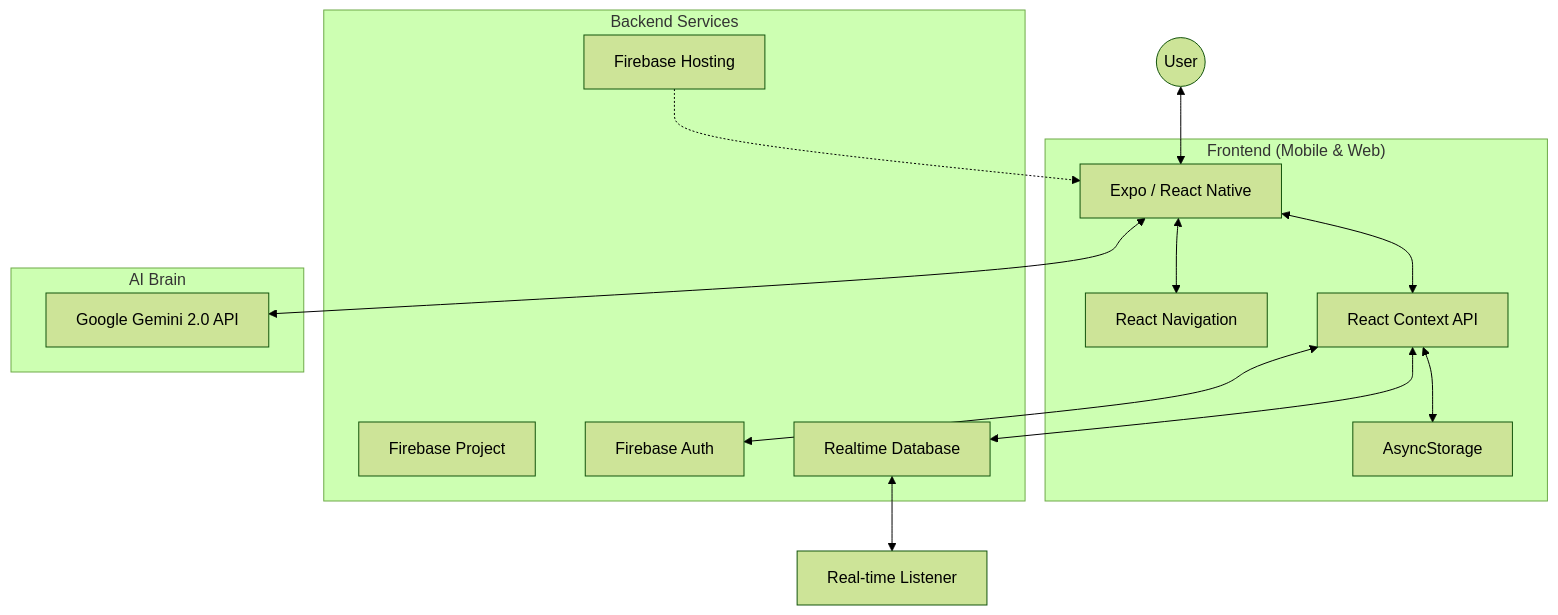
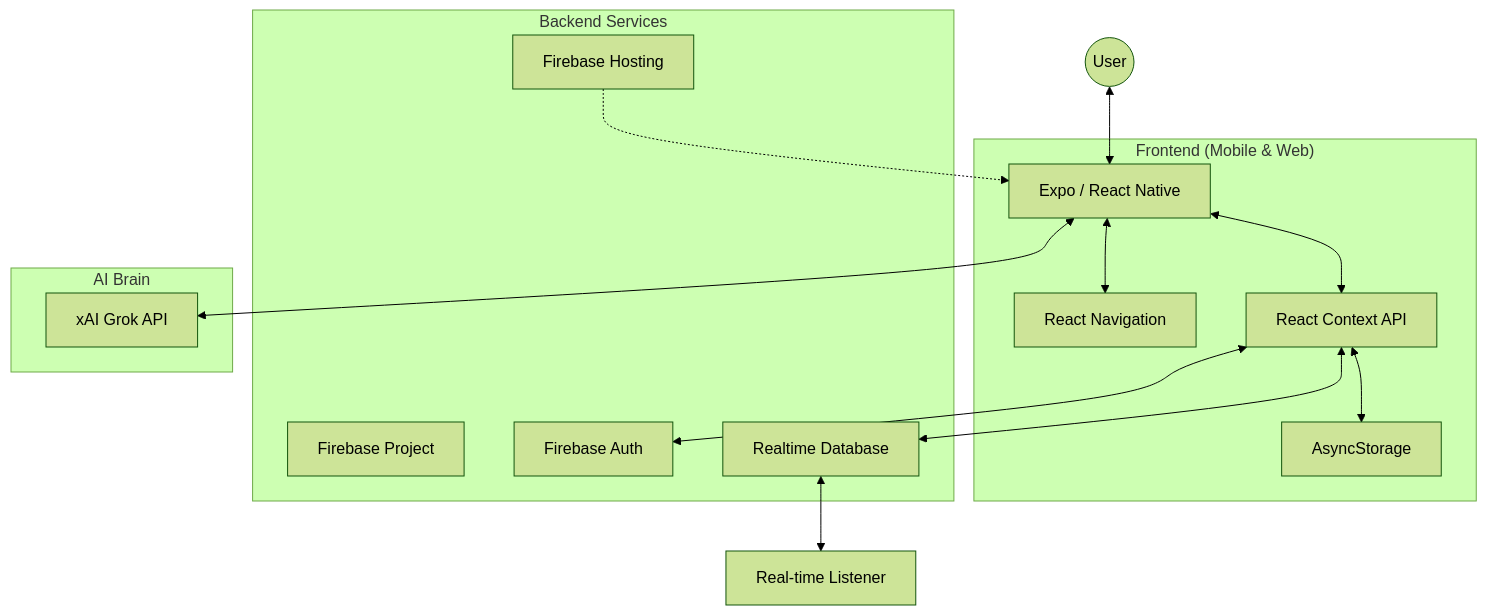
One commit to praneeth132006/PlanWitch changed the first of 2 diagrams in README.md. Above: the diagram before and after it, drawn with Mermaid (forest theme). The commit also changed other lines of this file and 11 other files, not shown here.

First line of the commit message:
fix: shift temporarily to grok api (#57)

````diff
--- a/README.md
+++ b/README.md
@@ -67,32 +67,32 @@
 ```mermaid
 graph TD
     User((User))
     
     subgraph "Frontend (Mobile & Web)"
         Expo[Expo / React Native]
         Nav[React Navigation]
         Context[React Context API]
         Storage[AsyncStorage]
     end
     
     subgraph "Backend Services"
         Firebase[Firebase Project]
         Auth[Firebase Auth]
         RTDB[Realtime Database]
         Hosting[Firebase Hosting]
     end
     
     subgraph "AI Brain"
-        Gemini[Google Gemini 2.0 API]
+        Grok[xAI Grok API]
     end
 
     User <--> Expo
     Expo <--> Nav
     Expo <--> Context
     Context <--> Storage
     Context <--> Auth
     Context <--> RTDB
     RTDB <--> Host[Real-time Listener]
-    Expo <--> Gemini
+    Expo <--> Grok
     Hosting -.-> Expo
 ```
````
